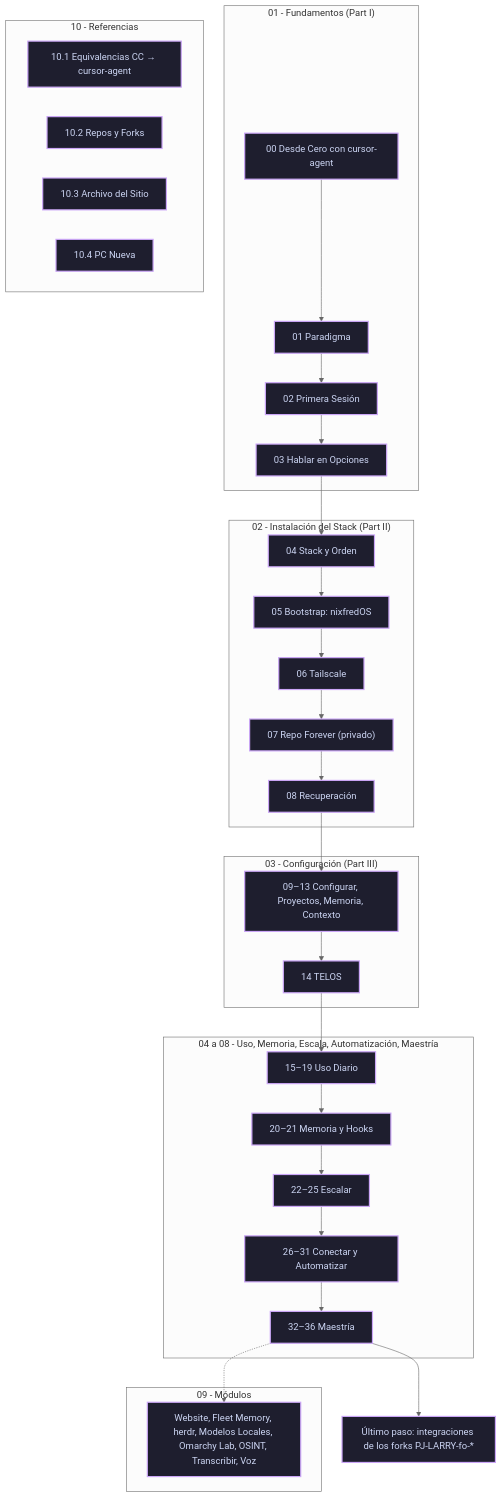
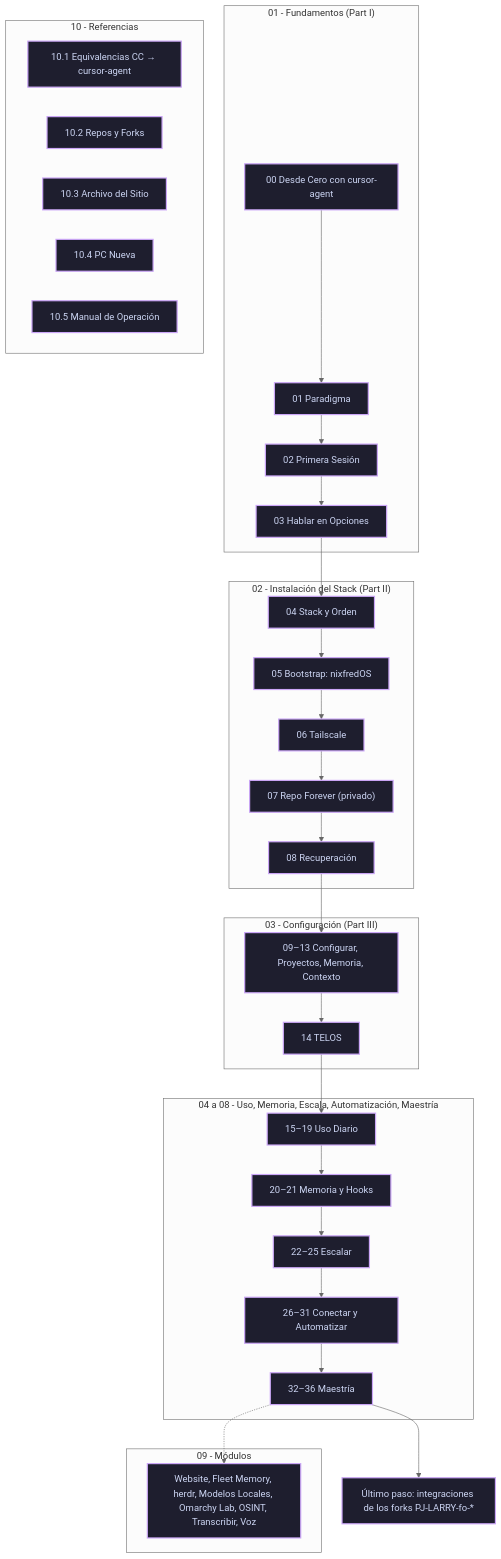
The diagram in 00 - Indice General (MOC).md (robert-flo/PJ-LARRY-rf-playbook), drawn with Mermaid (neutral theme) before and after one commit. The commit also changed other lines of this file and 6 other files, not shown here.

````diff
--- a/00 - Indice General (MOC).md
+++ b/00 - Indice General (MOC).md
@@ -30,37 +30,38 @@
 ```mermaid
 flowchart TD
     subgraph P1["01 - Fundamentos (Part I)"]
         A["00 Desde Cero con cursor-agent"] --> B["01 Paradigma"]
         B --> C["02 Primera Sesión"] --> D["03 Hablar en Opciones"]
     end
 
     subgraph P2["02 - Instalación del Stack (Part II)"]
         D --> E["04 Stack y Orden"] --> F["05 Bootstrap: nixfredOS"]
         F --> G["06 Tailscale"] --> H["07 Repo Forever (privado)"] --> I["08 Recuperación"]
     end
 
     subgraph P3["03 - Configuración (Part III)"]
         I --> J["09–13 Configurar, Proyectos, Memoria, Contexto"] --> K["14 TELOS"]
     end
 
     subgraph P4["04 a 08 - Uso, Memoria, Escala, Automatización, Maestría"]
         K --> L["15–19 Uso Diario"] --> M["20–21 Memoria y Hooks"]
         M --> N["22–25 Escalar"] --> O["26–31 Conectar y Automatizar"] --> Q["32–36 Maestría"]
     end
 
     subgraph P9["09 - Módulos"]
         R["Website, Fleet Memory, herdr, Modelos Locales, Omarchy Lab, OSINT, Transcribir, Voz"]
     end
 
     subgraph P10["10 - Referencias"]
         S["10.1 Equivalencias CC → cursor-agent"]
         T["10.2 Repos y Forks"]
         U["10.3 Archivo del Sitio"]
         V["10.4 PC Nueva"]
+        W["10.5 Manual de Operación"]
     end
 
     Q -.-> R
     Q --> Z["Último paso: integraciones de los forks PJ-LARRY-fo-*"]
 
     classDef default fill:#1e1e2e,stroke:#cba6f7,stroke-width:2px,color:#cdd6f4;
 ```
````
